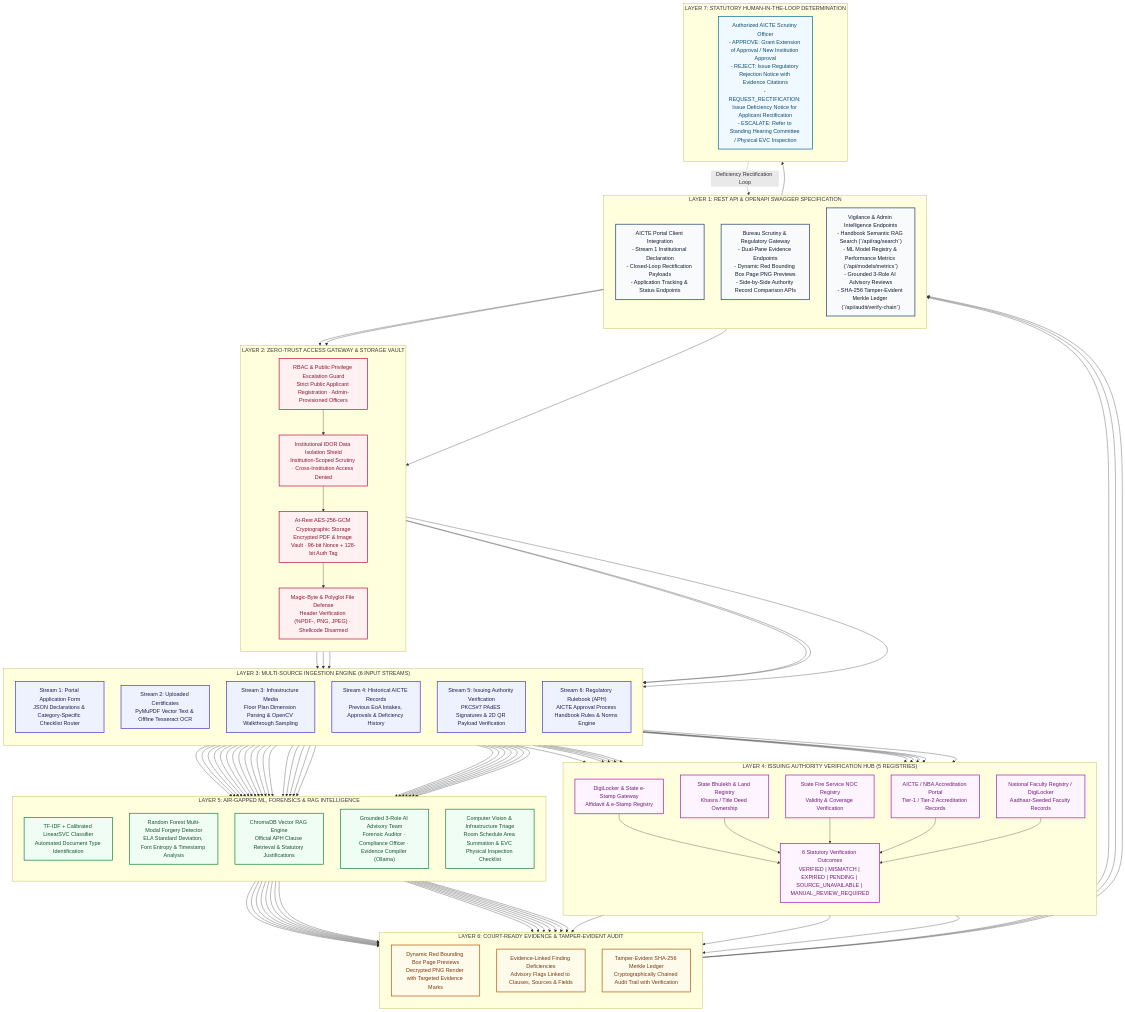
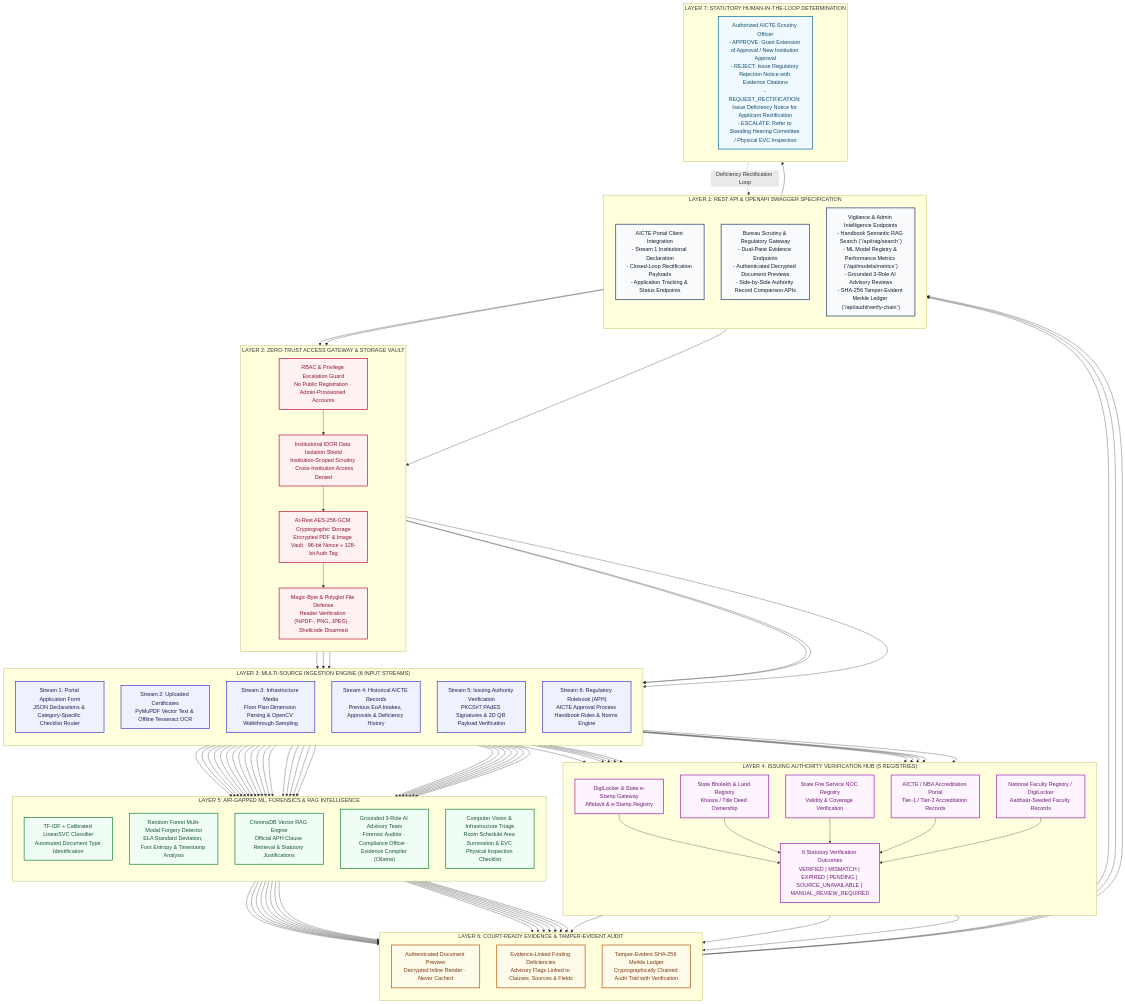
One commit to ELANGKATHIR11/TRACE-AIML changed the diagram in README.md. Above: the diagram before and after it, drawn with Mermaid. The commit also changed other lines of this file and 25 other files, not shown here.

```diff
--- a/README.md
+++ b/README.md
@@ -50,14 +50,14 @@
     subgraph L1 ["LAYER 1: REST API & OPENAPI SWAGGER SPECIFICATION"]
         direction TB
         C1["AICTE Portal Client Integration<br/>- Stream 1 Institutional Declaration<br/>- Closed-Loop Rectification Payloads<br/>- Application Tracking & Status Endpoints"]:::clientLayer
-        C2["Bureau Scrutiny & Regulatory Gateway<br/>- Dual-Pane Evidence Endpoints<br/>- Dynamic Red Bounding Box Page PNG Previews<br/>- Side-by-Side Authority Record Comparison APIs"]:::clientLayer
+        C2["Bureau Scrutiny & Regulatory Gateway<br/>- Dual-Pane Evidence Endpoints<br/>- Authenticated Decrypted Document Previews<br/>- Side-by-Side Authority Record Comparison APIs"]:::clientLayer
         C3["Vigilance & Admin Intelligence Endpoints<br/>- Handbook Semantic RAG Search (`/api/rag/search`)<br/>- ML Model Registry & Performance Metrics (`/api/models/metrics`)<br/>- Grounded 3-Role AI Advisory Reviews<br/>- SHA-256 Tamper-Evident Merkle Ledger (`/api/audit/verify-chain`)"]:::clientLayer
     end
 
     %% LAYER 2: SECURITY & ZERO-TRUST GATEWAY
     subgraph L2 ["LAYER 2: ZERO-TRUST ACCESS GATEWAY & STORAGE VAULT"]
         direction TB
-        S1["RBAC & Public Privilege Escalation Guard<br/>Strict Public Applicant Registration · Admin-Provisioned Officers"]:::securityLayer
+        S1["RBAC & Privilege Escalation Guard<br/>No Public Registration · Admin-Provisioned Accounts"]:::securityLayer
         S2["Institutional IDOR Data Isolation Shield<br/>Institution-Scoped Scrutiny · Cross-Institution Access Denied"]:::securityLayer
         S3["At-Rest AES-256-GCM Cryptographic Storage<br/>Encrypted PDF & Image Vault · 96-bit Nonce + 128-bit Auth Tag"]:::securityLayer
         S4["Magic-Byte & Polyglot File Defense<br/>Header Verification (%PDF-, PNG, JPEG) · Shellcode Disarmed"]:::securityLayer
@@ -98,7 +98,7 @@
     %% LAYER 6: COURT-READY EVIDENCE & AUDIT LEDGER
     subgraph L6 ["LAYER 6: COURT-READY EVIDENCE & TAMPER-EVIDENT AUDIT"]
         direction TB
-        E1["Dynamic Red Bounding Box Page Previews<br/>Decrypted PNG Render with Targeted Evidence Marks"]:::ledgerLayer
+        E1["Authenticated Document Preview<br/>Decrypted Inline Render · Never Cached"]:::ledgerLayer
         E2["Evidence-Linked Finding Deficiencies<br/>Advisory Flags Linked to Clauses, Sources & Fields"]:::ledgerLayer
         E3["Tamper-Evident SHA-256 Merkle Ledger<br/>Cryptographically Chained Audit Trail with Verification"]:::ledgerLayer
     end
```
